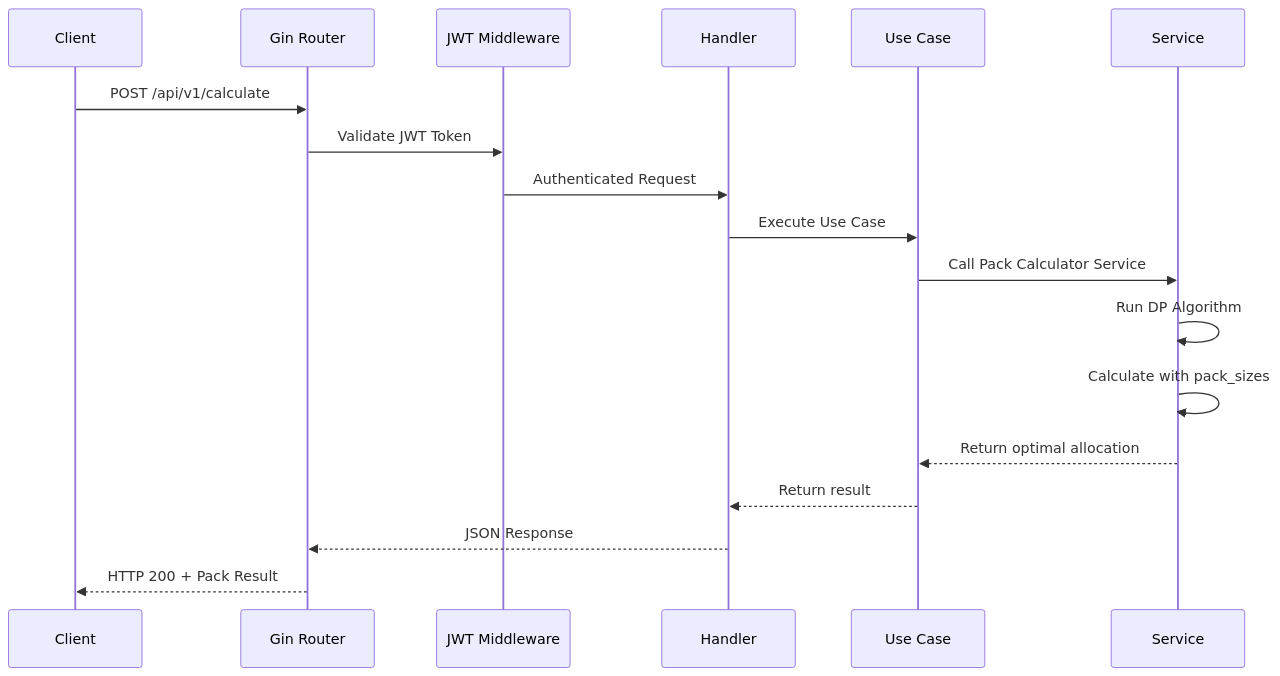
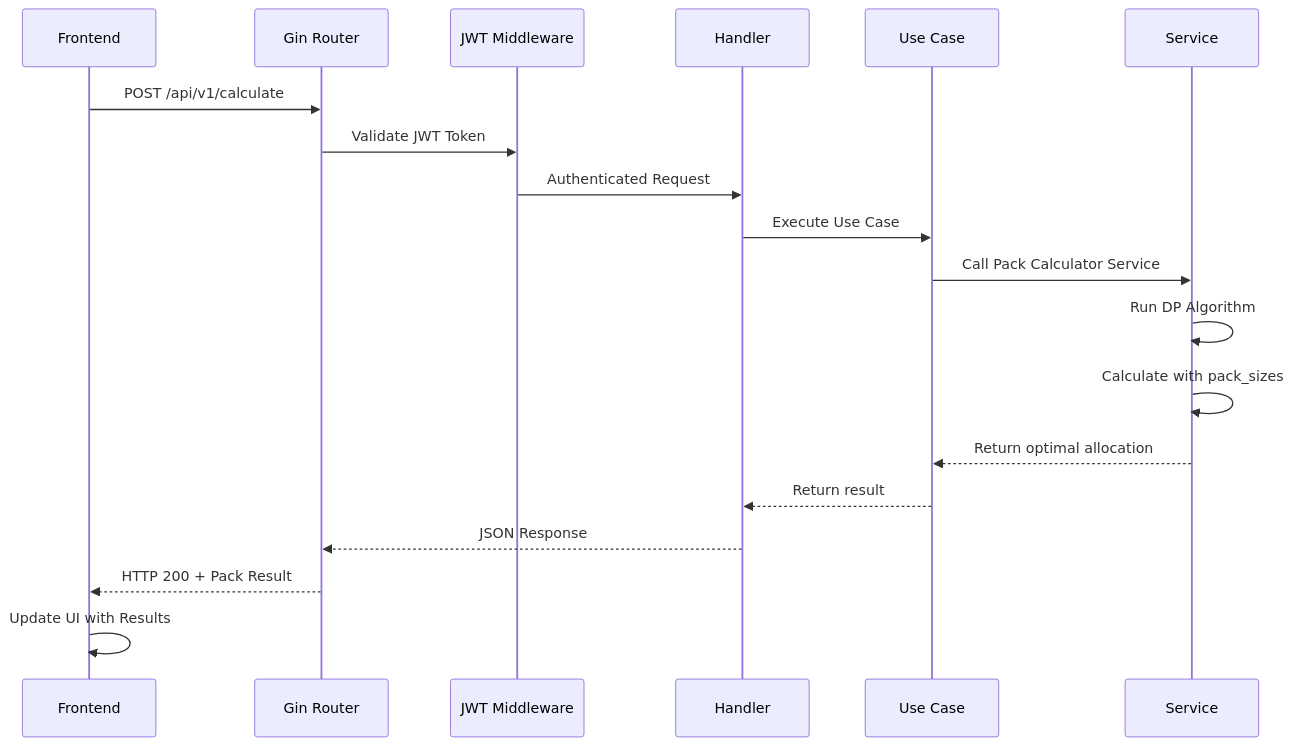
One commit to Schieck/packs-calculator changed the second of 2 diagrams in README.md. Above: the diagram before and after it, drawn with Mermaid. The commit also changed other lines of this file and 59 other files, not shown here.

````diff
--- a/README.md
+++ b/README.md
@@ -103,21 +192,22 @@
 ```mermaid
 sequenceDiagram
-    participant C as Client
+    participant F as Frontend
     participant G as Gin Router
     participant M as JWT Middleware
     participant H as Handler
     participant U as Use Case
     participant S as Service
     
-    C->>G: POST /api/v1/calculate
+    F->>G: POST /api/v1/calculate
     G->>M: Validate JWT Token
     M->>H: Authenticated Request
     H->>U: Execute Use Case
     U->>S: Call Pack Calculator Service
     S->>S: Run DP Algorithm
     S->>S: Calculate with pack_sizes
     S-->>U: Return optimal allocation
     U-->>H: Return result
     H-->>G: JSON Response
-    G-->>C: HTTP 200 + Pack Result
+    G-->>F: HTTP 200 + Pack Result
+    F->>F: Update UI with Results
 ```
````
